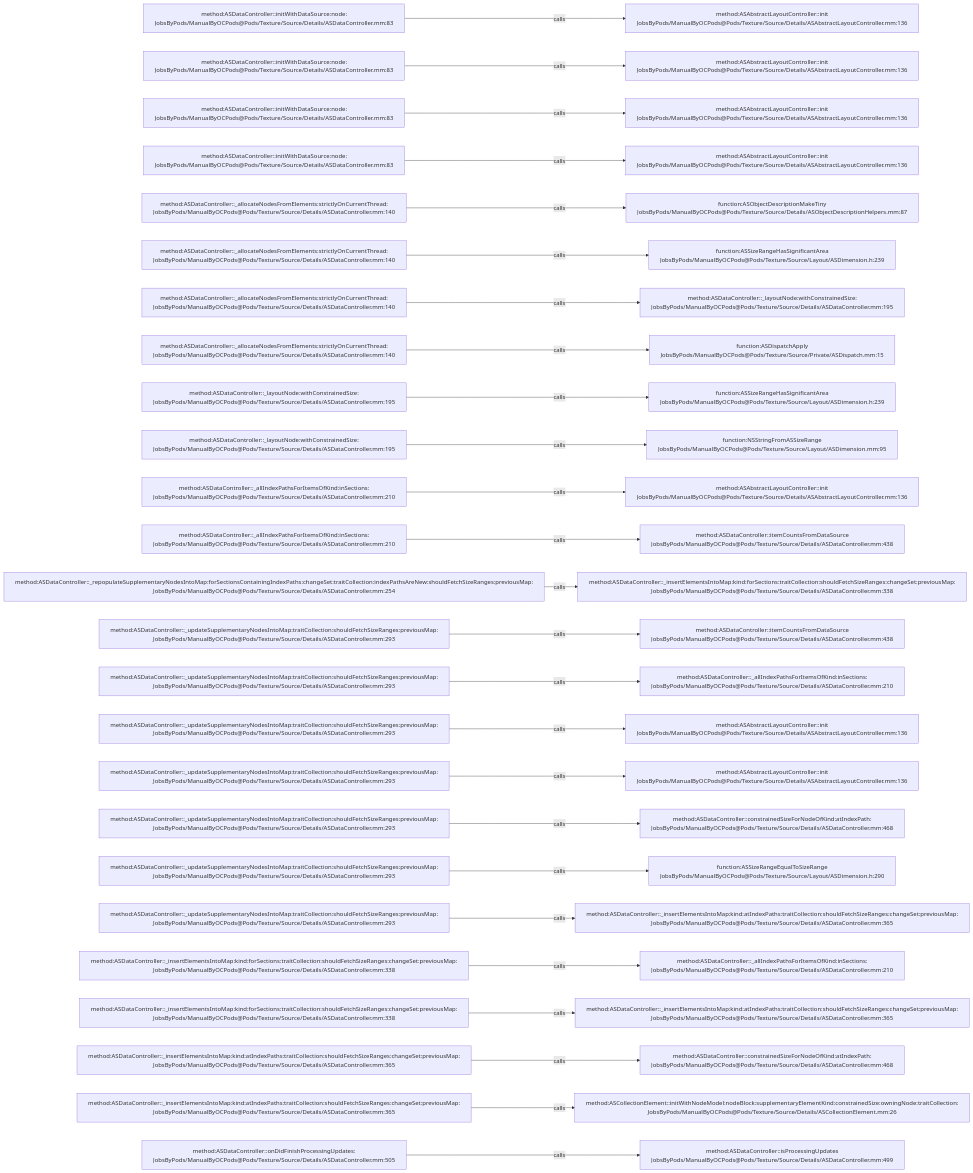
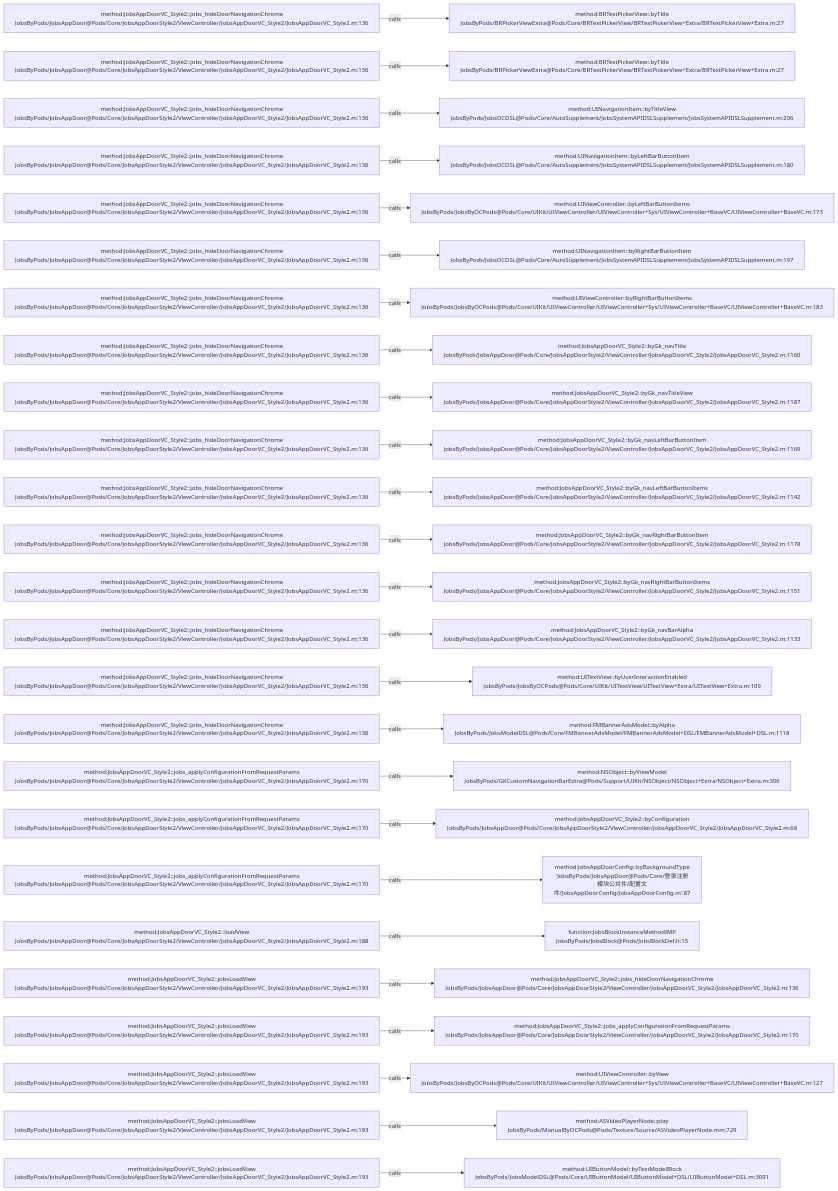
One commit to JobsKits/JobsOCBaseConfigDemo changed the diagram in .codegraph/codegraph.md/graphs/calls-138.md. Above: the diagram before and after it, drawn with Mermaid. The commit also changed 768 other files, not shown here.

````diff
--- a/.codegraph/codegraph.md/graphs/calls-138.md
+++ b/.codegraph/codegraph.md/graphs/calls-138.md
@@ -13,78 +13,78 @@
 ```mermaid
 flowchart LR
-  S1["method:ASDataController::initWithDataSource:node:<br/>JobsByPods/ManualByOCPods@Pods/Texture/Source/Details/ASDataController.mm:83"]
-  T1["method:ASAbstractLayoutController::init<br/>JobsByPods/ManualByOCPods@Pods/Texture/Source/Details/ASAbstractLayoutController.mm:136"]
+  S1["method:JobsAppDoorVC_Style2::jobs_hideDoorNavigationChrome<br/>JobsByPods/JobsAppDoor@Pods/Core/JobsAppDoorStyle2/ViewController/JobsAppDoorVC_Style2/JobsAppDoorVC_Style2.m:136"]
+  T1["method:BRTextPickerView::byTitle<br/>JobsByPods/BRPickerViewExtra@Pods/Core/BRTextPickerView/BRTextPickerView+Extra/BRTextPickerView+Extra.m:27"]
   S1 -->|calls| T1
-  S2["method:ASDataController::initWithDataSource:node:<br/>JobsByPods/ManualByOCPods@Pods/Texture/Source/Details/ASDataController.mm:83"]
-  T2["method:ASAbstractLayoutController::init<br/>JobsByPods/ManualByOCPods@Pods/Texture/Source/Details/ASAbstractLayoutController.mm:136"]
+  S2["method:JobsAppDoorVC_Style2::jobs_hideDoorNavigationChrome<br/>JobsByPods/JobsAppDoor@Pods/Core/JobsAppDoorStyle2/ViewController/JobsAppDoorVC_Style2/JobsAppDoorVC_Style2.m:136"]
+  T2["method:BRTextPickerView::byTitle<br/>JobsByPods/BRPickerViewExtra@Pods/Core/BRTextPickerView/BRTextPickerView+Extra/BRTextPickerView+Extra.m:27"]
   S2 -->|calls| T2
-  S3["method:ASDataController::initWithDataSource:node:<br/>JobsByPods/ManualByOCPods@Pods/Texture/Source/Details/ASDataController.mm:83"]
-  T3["method:ASAbstractLayoutController::init<br/>JobsByPods/ManualByOCPods@Pods/Texture/Source/Details/ASAbstractLayoutController.mm:136"]
+  S3["method:JobsAppDoorVC_Style2::jobs_hideDoorNavigationChrome<br/>JobsByPods/JobsAppDoor@Pods/Core/JobsAppDoorStyle2/ViewController/JobsAppDoorVC_Style2/JobsAppDoorVC_Style2.m:136"]
+  T3["method:UINavigationItem::byTitleView<br/>JobsByPods/JobsOCDSL@Pods/Core/AutoSupplement/JobsSystemAPIDSLSupplement/JobsSystemAPIDSLSupplement.m:206"]
   S3 -->|calls| T3
-  S4["method:ASDataController::initWithDataSource:node:<br/>JobsByPods/ManualByOCPods@Pods/Texture/Source/Details/ASDataController.mm:83"]
-  T4["method:ASAbstractLayoutController::init<br/>JobsByPods/ManualByOCPods@Pods/Texture/Source/Details/ASAbstractLayoutController.mm:136"]
+  S4["method:JobsAppDoorVC_Style2::jobs_hideDoorNavigationChrome<br/>JobsByPods/JobsAppDoor@Pods/Core/JobsAppDoorStyle2/ViewController/JobsAppDoorVC_Style2/JobsAppDoorVC_Style2.m:136"]
+  T4["method:UINavigationItem::byLeftBarButtonItem<br/>JobsByPods/JobsOCDSL@Pods/Core/AutoSupplement/JobsSystemAPIDSLSupplement/JobsSystemAPIDSLSupplement.m:180"]
   S4 -->|calls| T4
-  S5["method:ASDataController::_allocateNodesFromElements:strictlyOnCurrentThread:<br/>JobsByPods/ManualByOCPods@Pods/Texture/Source/Details/ASDataController.mm:140"]
-  T5["function:ASObjectDescriptionMakeTiny<br/>JobsByPods/ManualByOCPods@Pods/Texture/Source/Details/ASObjectDescriptionHelpers.mm:87"]
+  S5["method:JobsAppDoorVC_Style2::jobs_hideDoorNavigationChrome<br/>JobsByPods/JobsAppDoor@Pods/Core/JobsAppDoorStyle2/ViewController/JobsAppDoorVC_Style2/JobsAppDoorVC_Style2.m:136"]
+  T5["method:UIViewController::byLeftBarButtonItems<br/>JobsByPods/JobsByOCPods@Pods/Core/UIKit/UIViewController/UIViewController+Sys/UIViewController+BaseVC/UIViewController+BaseVC.m:173"]
   S5 -->|calls| T5
-  S6["method:ASDataController::_allocateNodesFromElements:strictlyOnCurrentThread:<br/>JobsByPods/ManualByOCPods@Pods/Texture/Source/Details/ASDataController.mm:140"]
-  T6["function:ASSizeRangeHasSignificantArea<br/>JobsByPods/ManualByOCPods@Pods/Texture/Source/Layout/ASDimension.h:239"]
+  S6["method:JobsAppDoorVC_Style2::jobs_hideDoorNavigationChrome<br/>JobsByPods/JobsAppDoor@Pods/Core/JobsAppDoorStyle2/ViewController/JobsAppDoorVC_Style2/JobsAppDoorVC_Style2.m:136"]
+  T6["method:UINavigationItem::byRightBarButtonItem<br/>JobsByPods/JobsOCDSL@Pods/Core/AutoSupplement/JobsSystemAPIDSLSupplement/JobsSystemAPIDSLSupplement.m:197"]
   S6 -->|calls| T6
-  S7["method:ASDataController::_allocateNodesFromElements:strictlyOnCurrentThread:<br/>JobsByPods/ManualByOCPods@Pods/Texture/Source/Details/ASDataController.mm:140"]
-  T7["method:ASDataController::_layoutNode:withConstrainedSize:<br/>JobsByPods/ManualByOCPods@Pods/Texture/Source/Details/ASDataController.mm:195"]
+  S7["method:JobsAppDoorVC_Style2::jobs_hideDoorNavigationChrome<br/>JobsByPods/JobsAppDoor@Pods/Core/JobsAppDoorStyle2/ViewController/JobsAppDoorVC_Style2/JobsAppDoorVC_Style2.m:136"]
+  T7["method:UIViewController::byRightBarButtonItems<br/>JobsByPods/JobsByOCPods@Pods/Core/UIKit/UIViewController/UIViewController+Sys/UIViewController+BaseVC/UIViewController+BaseVC.m:183"]
   S7 -->|calls| T7
-  S8["method:ASDataController::_allocateNodesFromElements:strictlyOnCurrentThread:<br/>JobsByPods/ManualByOCPods@Pods/Texture/Source/Details/ASDataController.mm:140"]
-  T8["function:ASDispatchApply<br/>JobsByPods/ManualByOCPods@Pods/Texture/Source/Private/ASDispatch.mm:15"]
+  S8["method:JobsAppDoorVC_Style2::jobs_hideDoorNavigationChrome<br/>JobsByPods/JobsAppDoor@Pods/Core/JobsAppDoorStyle2/ViewController/JobsAppDoorVC_Style2/JobsAppDoorVC_Style2.m:136"]
+  T8["method:JobsAppDoorVC_Style2::byGk_navTitle<br/>JobsByPods/JobsAppDoor@Pods/Core/JobsAppDoorStyle2/ViewController/JobsAppDoorVC_Style2/JobsAppDoorVC_Style2.m:1160"]
   S8 -->|calls| T8
-  S9["method:ASDataController::_layoutNode:withConstrainedSize:<br/>JobsByPods/ManualByOCPods@Pods/Texture/Source/Details/ASDataController.mm:195"]
-  T9["function:ASSizeRangeHasSignificantArea<br/>JobsByPods/ManualByOCPods@Pods/Texture/Source/Layout/ASDimension.h:239"]
+  S9["method:JobsAppDoorVC_Style2::jobs_hideDoorNavigationChrome<br/>JobsByPods/JobsAppDoor@Pods/Core/JobsAppDoorStyle2/ViewController/JobsAppDoorVC_Style2/JobsAppDoorVC_Style2.m:136"]
+  T9["method:JobsAppDoorVC_Style2::byGk_navTitleView<br/>JobsByPods/JobsAppDoor@Pods/Core/JobsAppDoorStyle2/ViewController/JobsAppDoorVC_Style2/JobsAppDoorVC_Style2.m:1187"]
   S9 -->|calls| T9
-  S10["method:ASDataController::_layoutNode:withConstrainedSize:<br/>JobsByPods/ManualByOCPods@Pods/Texture/Source/Details/ASDataController.mm:195"]
-  T10["function:NSStringFromASSizeRange<br/>JobsByPods/ManualByOCPods@Pods/Texture/Source/Layout/ASDimension.mm:95"]
+  S10["method:JobsAppDoorVC_Style2::jobs_hideDoorNavigationChrome<br/>JobsByPods/JobsAppDoor@Pods/Core/JobsAppDoorStyle2/ViewController/JobsAppDoorVC_Style2/JobsAppDoorVC_Style2.m:136"]
+  T10["method:JobsAppDoorVC_Style2::byGk_navLeftBarButtonItem<br/>JobsByPods/JobsAppDoor@Pods/Core/JobsAppDoorStyle2/ViewController/JobsAppDoorVC_Style2/JobsAppDoorVC_Style2.m:1169"]
   S10 -->|calls| T10
-  S11["method:ASDataController::_allIndexPathsForItemsOfKind:inSections:<br/>JobsByPods/ManualByOCPods@Pods/Texture/Source/Details/ASDataController.mm:210"]
-  T11["method:ASAbstractLayoutController::init<br/>JobsByPods/ManualByOCPods@Pods/Texture/Source/Details/ASAbstractLayoutController.mm:136"]
+  S11["method:JobsAppDoorVC_Style2::jobs_hideDoorNavigationChrome<br/>JobsByPods/JobsAppDoor@Pods/Core/JobsAppDoorStyle2/ViewController/JobsAppDoorVC_Style2/JobsAppDoorVC_Style2.m:136"]
+  T11["method:JobsAppDoorVC_Style2::byGk_navLeftBarButtonItems<br/>JobsByPods/JobsAppDoor@Pods/Core/JobsAppDoorStyle2/ViewController/JobsAppDoorVC_Style2/JobsAppDoorVC_Style2.m:1142"]
   S11 -->|calls| T11
-  S12["method:ASDataController::_allIndexPathsForItemsOfKind:inSections:<br/>JobsByPods/ManualByOCPods@Pods/Texture/Source/Details/ASDataController.mm:210"]
-  T12["method:ASDataController::itemCountsFromDataSource<br/>JobsByPods/ManualByOCPods@Pods/Texture/Source/Details/ASDataController.mm:438"]
+  S12["method:JobsAppDoorVC_Style2::jobs_hideDoorNavigationChrome<br/>JobsByPods/JobsAppDoor@Pods/Core/JobsAppDoorStyle2/ViewController/JobsAppDoorVC_Style2/JobsAppDoorVC_Style2.m:136"]
+  T12["method:JobsAppDoorVC_Style2::byGk_navRightBarButtonItem<br/>JobsByPods/JobsAppDoor@Pods/Core/JobsAppDoorStyle2/ViewController/JobsAppDoorVC_Style2/JobsAppDoorVC_Style2.m:1178"]
   S12 -->|calls| T12
-  S13["method:ASDataController::_repopulateSupplementaryNodesIntoMap:forSectionsContainingIndexPaths:changeSet:traitCollection:indexPathsAreNew:shouldFetchSizeRanges:previousMap:<br/>JobsByPods/ManualByOCPods@Pods/Texture/Source/Details/ASDataController.mm:254"]
-  T13["method:ASDataController::_insertElementsIntoMap:kind:forSections:traitCollection:shouldFetchSizeRanges:changeSet:previousMap:<br/>JobsByPods/ManualByOCPods@Pods/Texture/Source/Details/ASDataController.mm:338"]
+  S13["method:JobsAppDoorVC_Style2::jobs_hideDoorNavigationChrome<br/>JobsByPods/JobsAppDoor@Pods/Core/JobsAppDoorStyle2/ViewController/JobsAppDoorVC_Style2/JobsAppDoorVC_Style2.m:136"]
+  T13["method:JobsAppDoorVC_Style2::byGk_navRightBarButtonItems<br/>JobsByPods/JobsAppDoor@Pods/Core/JobsAppDoorStyle2/ViewController/JobsAppDoorVC_Style2/JobsAppDoorVC_Style2.m:1151"]
   S13 -->|calls| T13
-  S14["method:ASDataController::_updateSupplementaryNodesIntoMap:traitCollection:shouldFetchSizeRanges:previousMap:<br/>JobsByPods/ManualByOCPods@Pods/Texture/Source/Details/ASDataController.mm:293"]
-  T14["method:ASDataController::itemCountsFromDataSource<br/>JobsByPods/ManualByOCPods@Pods/Texture/Source/Details/ASDataController.mm:438"]
+  S14["method:JobsAppDoorVC_Style2::jobs_hideDoorNavigationChrome<br/>JobsByPods/JobsAppDoor@Pods/Core/JobsAppDoorStyle2/ViewController/JobsAppDoorVC_Style2/JobsAppDoorVC_Style2.m:136"]
+  T14["method:JobsAppDoorVC_Style2::byGk_navBarAlpha<br/>JobsByPods/JobsAppDoor@Pods/Core/JobsAppDoorStyle2/ViewController/JobsAppDoorVC_Style2/JobsAppDoorVC_Style2.m:1133"]
   S14 -->|calls| T14
-  S15["method:ASDataController::_updateSupplementaryNodesIntoMap:traitCollection:shouldFetchSizeRanges:previousMap:<br/>JobsByPods/ManualByOCPods@Pods/Texture/Source/Details/ASDataController.mm:293"]
-  T15["method:ASDataController::_allIndexPathsForItemsOfKind:inSections:<br/>JobsByPods/ManualByOCPods@Pods/Texture/Source/Details/ASDataController.mm:210"]
+  S15["method:JobsAppDoorVC_Style2::jobs_hideDoorNavigationChrome<br/>JobsByPods/JobsAppDoor@Pods/Core/JobsAppDoorStyle2/ViewController/JobsAppDoorVC_Style2/JobsAppDoorVC_Style2.m:136"]
+  T15["method:UITextView::byUserInteractionEnabled<br/>JobsByPods/JobsByOCPods@Pods/Core/UIKit/UITextView/UITextView+Extra/UITextView+Extra.m:109"]
   S15 -->|calls| T15
-  S16["method:ASDataController::_updateSupplementaryNodesIntoMap:traitCollection:shouldFetchSizeRanges:previousMap:<br/>JobsByPods/ManualByOCPods@Pods/Texture/Source/Details/ASDataController.mm:293"]
-  T16["method:ASAbstractLayoutController::init<br/>JobsByPods/ManualByOCPods@Pods/Texture/Source/Details/ASAbstractLayoutController.mm:136"]
+  S16["method:JobsAppDoorVC_Style2::jobs_hideDoorNavigationChrome<br/>JobsByPods/JobsAppDoor@Pods/Core/JobsAppDoorStyle2/ViewController/JobsAppDoorVC_Style2/JobsAppDoorVC_Style2.m:136"]
+  T16["method:FMBannerAdsModel::byAlpha<br/>JobsByPods/JobsModelDSL@Pods/Core/FMBannerAdsModel/FMBannerAdsModel+DSL/FMBannerAdsModel+DSL.m:1118"]
   S16 -->|calls| T16
-  S17["method:ASDataController::_updateSupplementaryNodesIntoMap:traitCollection:shouldFetchSizeRanges:previousMap:<br/>JobsByPods/ManualByOCPods@Pods/Texture/Source/Details/ASDataController.mm:293"]
-  T17["method:ASAbstractLayoutController::init<br/>JobsByPods/ManualByOCPods@Pods/Texture/Source/Details/ASAbstractLayoutController.mm:136"]
+  S17["method:JobsAppDoorVC_Style2::jobs_applyConfigurationFromRequestParams<br/>JobsByPods/JobsAppDoor@Pods/Core/JobsAppDoorStyle2/ViewController/JobsAppDoorVC_Style2/JobsAppDoorVC_Style2.m:170"]
+  T17["method:NSObject::byViewModel<br/>JobsByPods/GKCustomNavigationBarExtra@Pods/Support/UIKit/NSObject/NSObject+Extra/NSObject+Extra.m:306"]
   S17 -->|calls| T17
-  S18["method:ASDataController::_updateSupplementaryNodesIntoMap:traitCollection:shouldFetchSizeRanges:previousMap:<br/>JobsByPods/ManualByOCPods@Pods/Texture/Source/Details/ASDataController.mm:293"]
-  T18["method:ASDataController::constrainedSizeForNodeOfKind:atIndexPath:<br/>JobsByPods/ManualByOCPods@Pods/Texture/Source/Details/ASDataController.mm:468"]
+  S18["method:JobsAppDoorVC_Style2::jobs_applyConfigurationFromRequestParams<br/>JobsByPods/JobsAppDoor@Pods/Core/JobsAppDoorStyle2/ViewController/JobsAppDoorVC_Style2/JobsAppDoorVC_Style2.m:170"]
+  T18["method:JobsAppDoorVC_Style2::byConfiguration<br/>JobsByPods/JobsAppDoor@Pods/Core/JobsAppDoorStyle2/ViewController/JobsAppDoorVC_Style2/JobsAppDoorVC_Style2.m:68"]
   S18 -->|calls| T18
-  S19["method:ASDataController::_updateSupplementaryNodesIntoMap:traitCollection:shouldFetchSizeRanges:previousMap:<br/>JobsByPods/ManualByOCPods@Pods/Texture/Source/Details/ASDataController.mm:293"]
-  T19["function:ASSizeRangeEqualToSizeRange<br/>JobsByPods/ManualByOCPods@Pods/Texture/Source/Layout/ASDimension.h:290"]
+  S19["method:JobsAppDoorVC_Style2::jobs_applyConfigurationFromRequestParams<br/>JobsByPods/JobsAppDoor@Pods/Core/JobsAppDoorStyle2/ViewController/JobsAppDoorVC_Style2/JobsAppDoorVC_Style2.m:170"]
+  T19["method:JobsAppDoorConfig::byBackgroundType<br/>'JobsByPods/JobsAppDoor@Pods/Core/登录注册模块公共件/配置文件/JobsAppDoorConfig/JobsAppDoorConfig.m':87"]
   S19 -->|calls| T19
-  S20["method:ASDataController::_updateSupplementaryNodesIntoMap:traitCollection:shouldFetchSizeRanges:previousMap:<br/>JobsByPods/ManualByOCPods@Pods/Texture/Source/Details/ASDataController.mm:293"]
-  T20["method:ASDataController::_insertElementsIntoMap:kind:atIndexPaths:traitCollection:shouldFetchSizeRanges:changeSet:previousMap:<br/>JobsByPods/ManualByOCPods@Pods/Texture/Source/Details/ASDataController.mm:365"]
+  S20["method:JobsAppDoorVC_Style2::loadView<br/>JobsByPods/JobsAppDoor@Pods/Core/JobsAppDoorStyle2/ViewController/JobsAppDoorVC_Style2/JobsAppDoorVC_Style2.m:188"]
+  T20["function:JobsBlockInstanceMethodIMP<br/>JobsByPods/JobsBlock@Pods/JobsBlockDef.h:15"]
   S20 -->|calls| T20
-  S21["method:ASDataController::_insertElementsIntoMap:kind:forSections:traitCollection:shouldFetchSizeRanges:changeSet:previousMap:<br/>JobsByPods/ManualByOCPods@Pods/Texture/Source/Details/ASDataController.mm:338"]
-  T21["method:ASDataController::_allIndexPathsForItemsOfKind:inSections:<br/>JobsByPods/ManualByOCPods@Pods/Texture/Source/Details/ASDataController.mm:210"]
+  S21["method:JobsAppDoorVC_Style2::jobsLoadView<br/>JobsByPods/JobsAppDoor@Pods/Core/JobsAppDoorStyle2/ViewController/JobsAppDoorVC_Style2/JobsAppDoorVC_Style2.m:193"]
+  T21["method:JobsAppDoorVC_Style2::jobs_hideDoorNavigationChrome<br/>JobsByPods/JobsAppDoor@Pods/Core/JobsAppDoorStyle2/ViewController/JobsAppDoorVC_Style2/JobsAppDoorVC_Style2.m:136"]
   S21 -->|calls| T21
-  S22["method:ASDataController::_insertElementsIntoMap:kind:forSections:traitCollection:shouldFetchSizeRanges:changeSet:previousMap:<br/>JobsByPods/ManualByOCPods@Pods/Texture/Source/Details/ASDataController.mm:338"]
-  T22["method:ASDataController::_insertElementsIntoMap:kind:atIndexPaths:traitCollection:shouldFetchSizeRanges:changeSet:previousMap:<br/>JobsByPods/ManualByOCPods@Pods/Texture/Source/Details/ASDataController.mm:365"]
+  S22["method:JobsAppDoorVC_Style2::jobsLoadView<br/>JobsByPods/JobsAppDoor@Pods/Core/JobsAppDoorStyle2/ViewController/JobsAppDoorVC_Style2/JobsAppDoorVC_Style2.m:193"]
+  T22["method:JobsAppDoorVC_Style2::jobs_applyConfigurationFromRequestParams<br/>JobsByPods/JobsAppDoor@Pods/Core/JobsAppDoorStyle2/ViewController/JobsAppDoorVC_Style2/JobsAppDoorVC_Style2.m:170"]
   S22 -->|calls| T22
-  S23["method:ASDataController::_insertElementsIntoMap:kind:atIndexPaths:traitCollection:shouldFetchSizeRanges:changeSet:previousMap:<br/>JobsByPods/ManualByOCPods@Pods/Texture/Source/Details/ASDataController.mm:365"]
-  T23["method:ASDataController::constrainedSizeForNodeOfKind:atIndexPath:<br/>JobsByPods/ManualByOCPods@Pods/Texture/Source/Details/ASDataController.mm:468"]
+  S23["method:JobsAppDoorVC_Style2::jobsLoadView<br/>JobsByPods/JobsAppDoor@Pods/Core/JobsAppDoorStyle2/ViewController/JobsAppDoorVC_Style2/JobsAppDoorVC_Style2.m:193"]
+  T23["method:UIViewController::byView<br/>JobsByPods/JobsByOCPods@Pods/Core/UIKit/UIViewController/UIViewController+Sys/UIViewController+BaseVC/UIViewController+BaseVC.m:127"]
   S23 -->|calls| T23
-  S24["method:ASDataController::_insertElementsIntoMap:kind:atIndexPaths:traitCollection:shouldFetchSizeRanges:changeSet:previousMap:<br/>JobsByPods/ManualByOCPods@Pods/Texture/Source/Details/ASDataController.mm:365"]
-  T24["method:ASCollectionElement::initWithNodeModel:nodeBlock:supplementaryElementKind:constrainedSize:owningNode:traitCollection:<br/>JobsByPods/ManualByOCPods@Pods/Texture/Source/Details/ASCollectionElement.mm:26"]
+  S24["method:JobsAppDoorVC_Style2::jobsLoadView<br/>JobsByPods/JobsAppDoor@Pods/Core/JobsAppDoorStyle2/ViewController/JobsAppDoorVC_Style2/JobsAppDoorVC_Style2.m:193"]
+  T24["method:ASVideoPlayerNode::play<br/>JobsByPods/ManualByOCPods@Pods/Texture/Source/ASVideoPlayerNode.mm:729"]
   S24 -->|calls| T24
-  S25["method:ASDataController::onDidFinishProcessingUpdates:<br/>JobsByPods/ManualByOCPods@Pods/Texture/Source/Details/ASDataController.mm:505"]
-  T25["method:ASDataController::isProcessingUpdates<br/>JobsByPods/ManualByOCPods@Pods/Texture/Source/Details/ASDataController.mm:499"]
+  S25["method:JobsAppDoorVC_Style2::jobsLoadView<br/>JobsByPods/JobsAppDoor@Pods/Core/JobsAppDoorStyle2/ViewController/JobsAppDoorVC_Style2/JobsAppDoorVC_Style2.m:193"]
+  T25["method:UIButtonModel::byTextModelBlock<br/>JobsByPods/JobsModelDSL@Pods/Core/UIButtonModel/UIButtonModel+DSL/UIButtonModel+DSL.m:3091"]
   S25 -->|calls| T25
 ```
````
